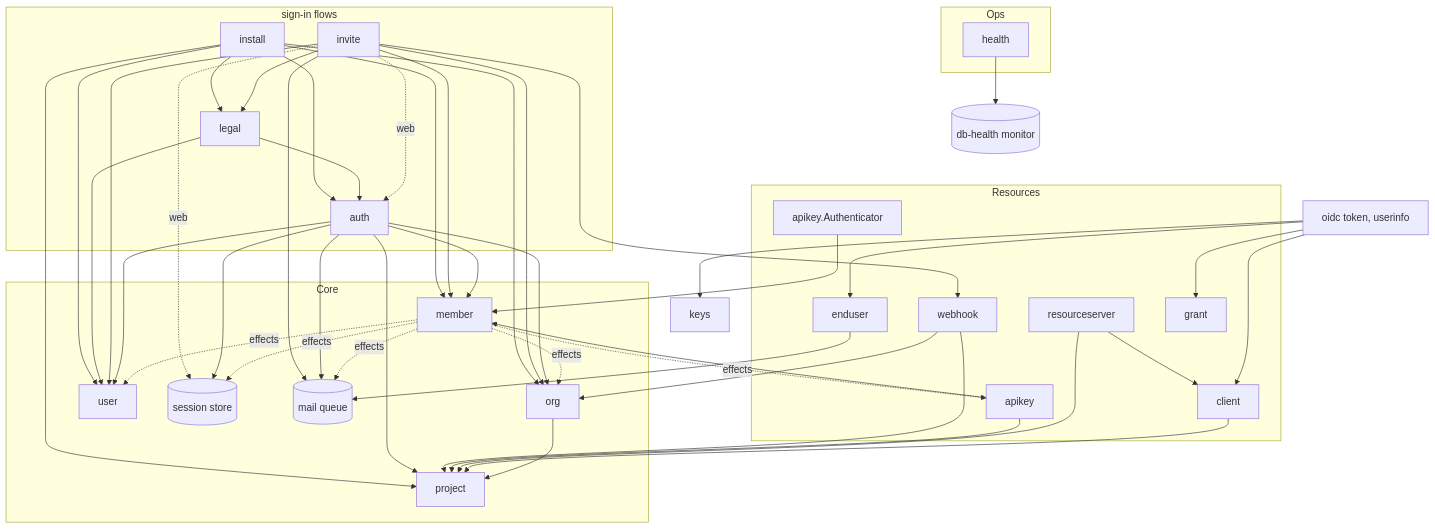
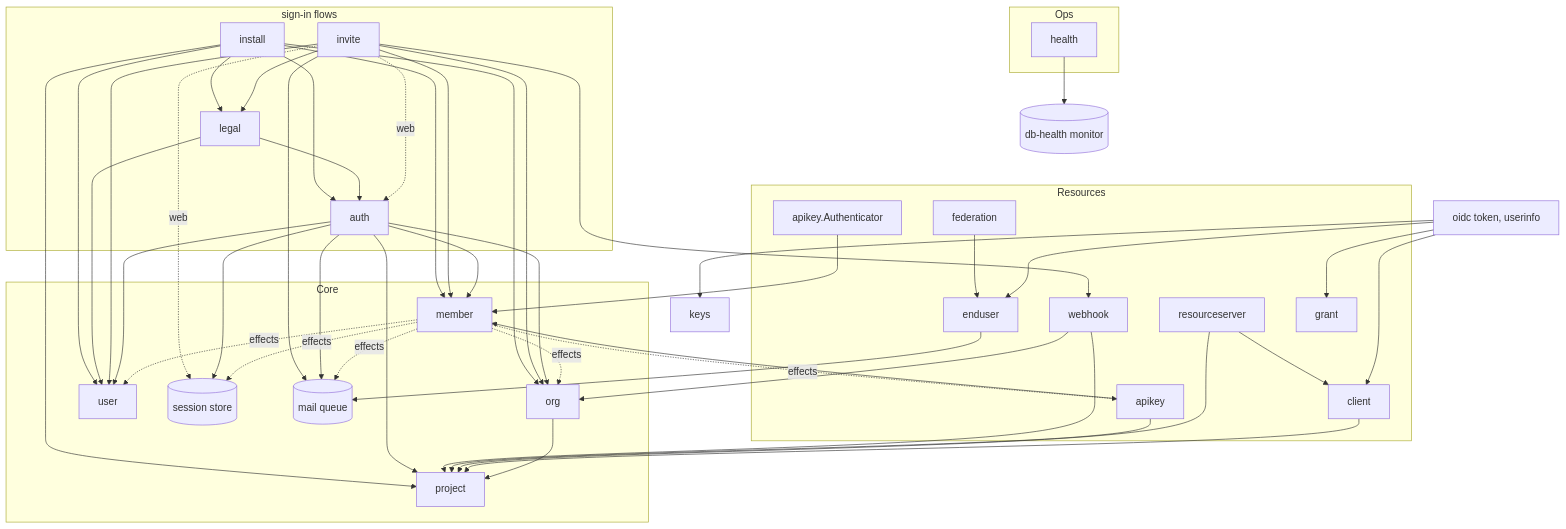
One commit to altalune-id/othra changed the third of 3 diagrams in internal/boot/README.md. Above: the diagram before and after it, drawn with Mermaid. The commit also changed other lines of this file and 172 other files, not shown here.

````diff
--- a/internal/boot/README.md
+++ b/internal/boot/README.md
@@ -126,49 +128,51 @@
 ```mermaid
 flowchart TD
     subgraph Flows["sign-in flows"]
         install
         legal
         auth
         invite
     end
     subgraph Ops
         health
     end
     subgraph Resources
         webhook
         apikey
         keyAuthn["apikey.Authenticator"]
         resourceserver
         client
         enduser
+        federation
         grant
     end
     subgraph Core
         org
         project
         member
         user
         sessions[(session store)]
         mailqueue[(mail queue)]
     end
 
     install --> auth
     legal --> auth
     install --> user & org & member & project & legal
     legal --> user
     invite --> member & user & org & mailqueue & webhook & legal
     invite -. web .-> auth & sessions
     auth --> user & member & org & project & sessions & mailqueue
 
     webhook --> project & org
     apikey --> project & member
     keyAuthn --> member
     resourceserver --> project & client
     client --> project
     enduser --> mailqueue
+    federation --> enduser
     tokens["oidc token, userinfo"] --> client & grant & enduser & keys
     member -. effects .-> sessions & apikey & user & org & mailqueue
     health --> dbh[(db-health monitor)]
 
     org --> project
 ```
````
